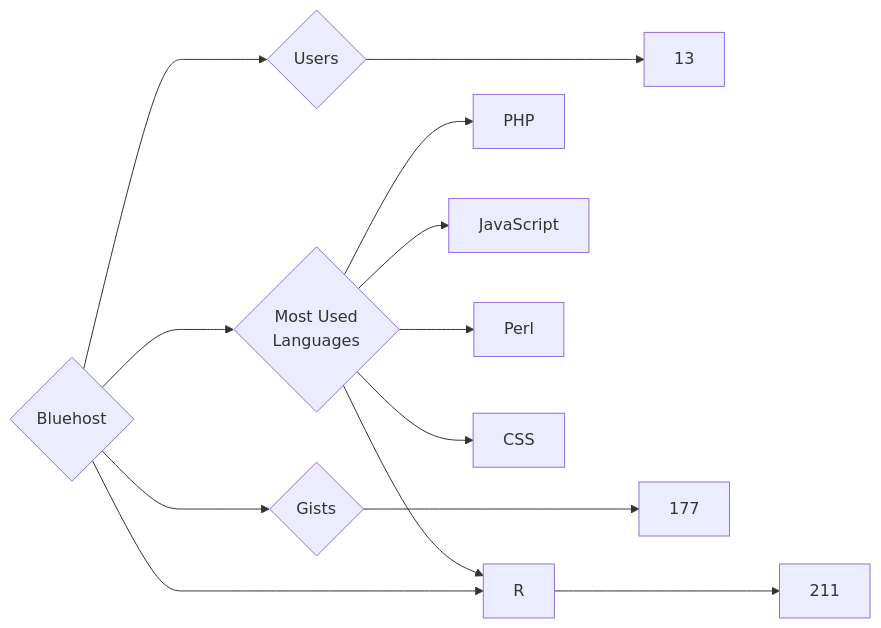
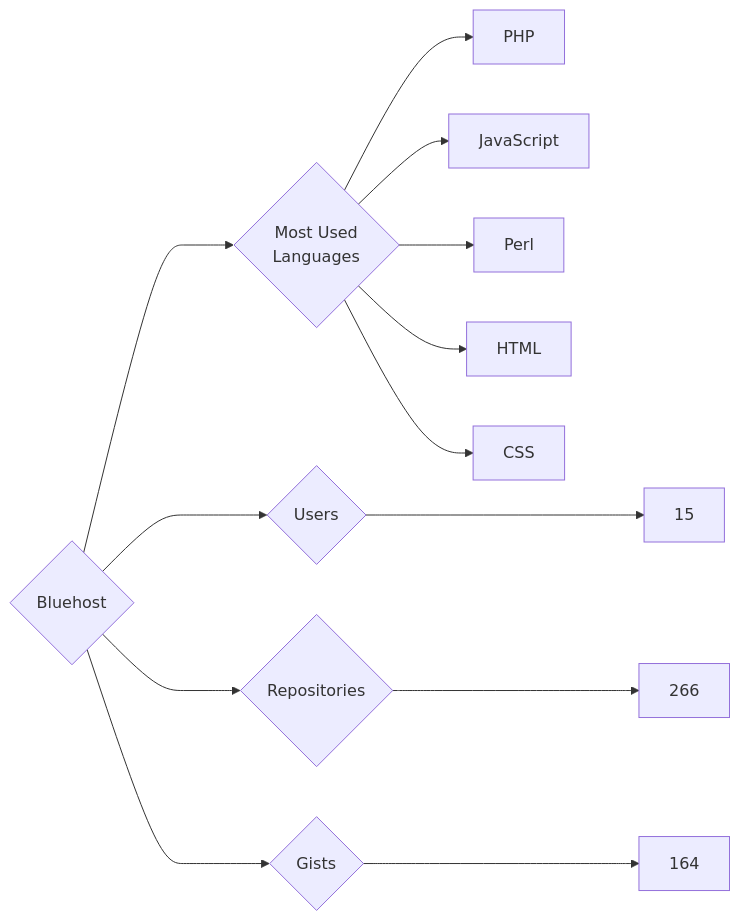
One commit to trickest/insiders changed the diagram in targets/Bluehost/README.md. Above: the diagram before and after it, drawn with Mermaid. The commit also changed 1238 other files, not shown here.

````diff
--- a/targets/Bluehost/README.md
+++ b/targets/Bluehost/README.md
@@ -3,13 +3,13 @@
 ```mermaid
 graph LR
 COMPANY_NAME{Bluehost}
-COMPANY_NAME ---> U{Users} ---> UN[13]
-COMPANY_NAME ---> R{Repositories} ---> RN[211]
-COMPANY_NAME ---> G{Gists} ---> GN[177]
+COMPANY_NAME ---> U{Users} ---> UN[15]
+COMPANY_NAME ---> R{Repositories} ---> RN[266]
+COMPANY_NAME ---> G{Gists} ---> GN[164]
 COMPANY_NAME ---> ML{Most Used<br>Languages}
 ML --> PHP[PHP]
 ML --> JavaScript[JavaScript]
 ML --> Perl[Perl]
+ML --> HTML[HTML]
 ML --> CSS[CSS]
-ML --> R[R]
 ```
````
